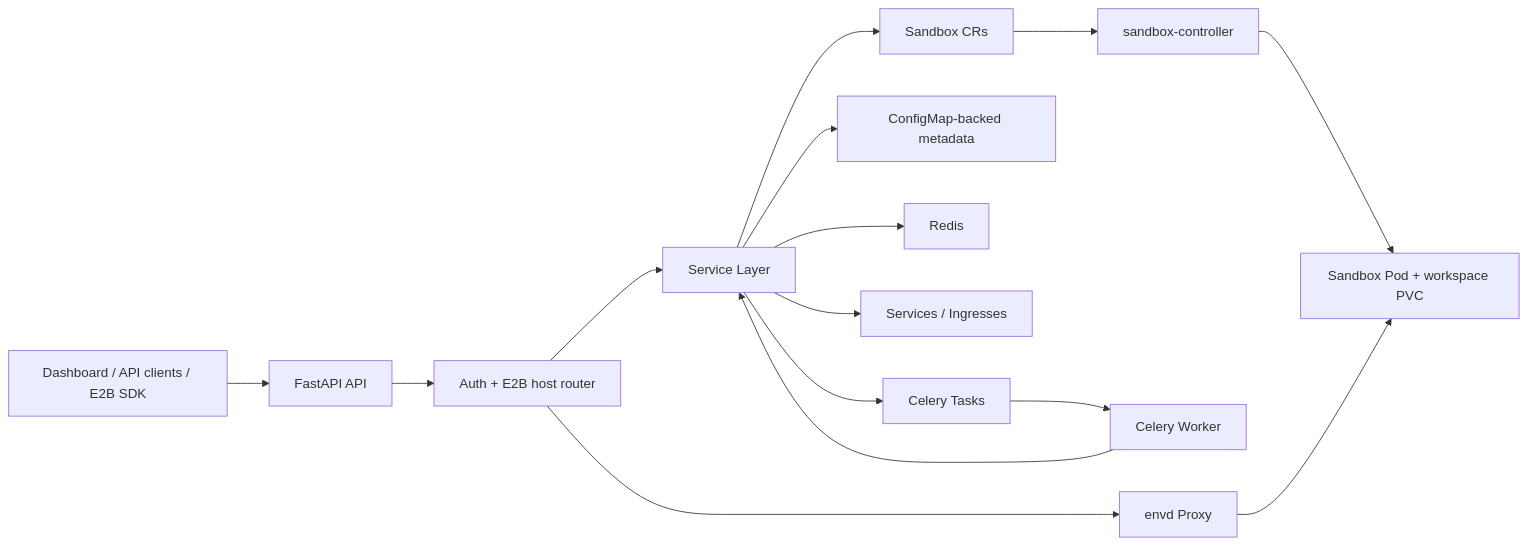
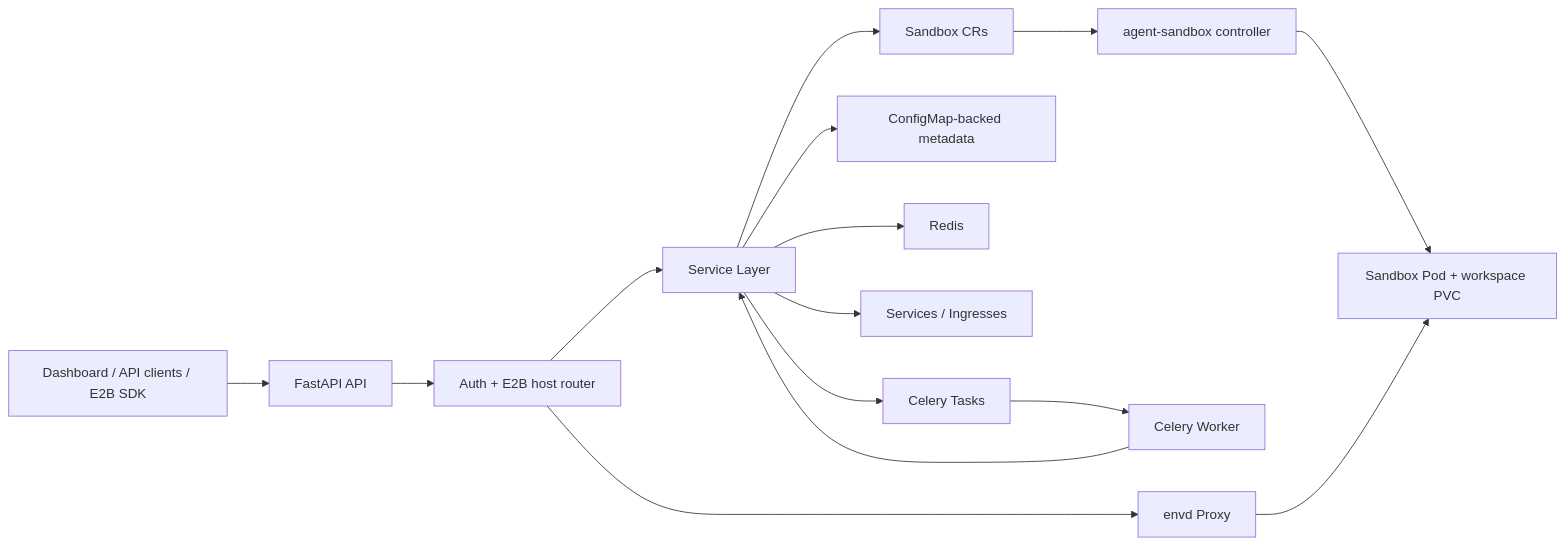
Before and after one commit to iwrs712/litterbox: the diagram in orchestrator/ARCHITECTURE.md, drawn with Mermaid. The commit also changed other lines of this file and 24 other files, not shown here.

````diff
--- a/orchestrator/ARCHITECTURE.md
+++ b/orchestrator/ARCHITECTURE.md
@@ -35,17 +35,17 @@
 ```mermaid
 flowchart LR
     Client["Dashboard / API clients / E2B SDK"] --> API["FastAPI API"]
     API --> Auth["Auth + E2B host router"]
     Auth --> Services["Service Layer"]
     Auth --> Proxy["envd Proxy"]
     Services --> CRD["Sandbox CRs"]
     Services --> CM["ConfigMap-backed metadata"]
     Services --> Redis["Redis"]
     Services --> Expose["Services / Ingresses"]
-    CRD --> Controller["sandbox-controller"]
+    CRD --> Controller["agent-sandbox controller"]
     Controller --> Pods["Sandbox Pod + workspace PVC"]
     Proxy --> Pods
     Services --> Celery["Celery Tasks"]
     Celery --> Worker["Celery Worker"]
     Worker --> Services
 ```
````
